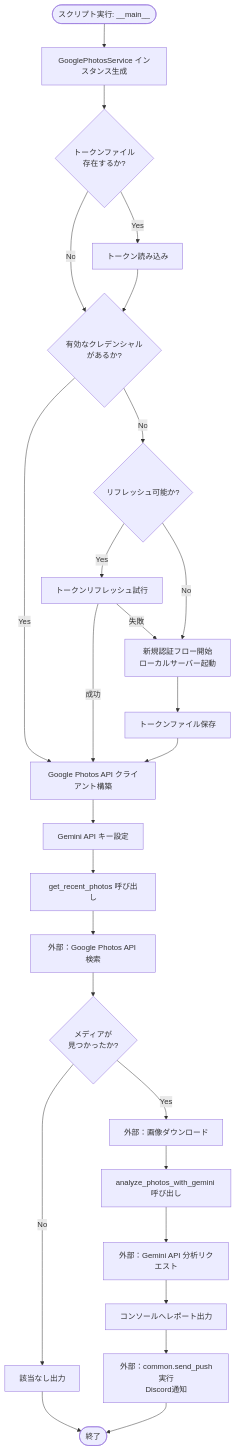
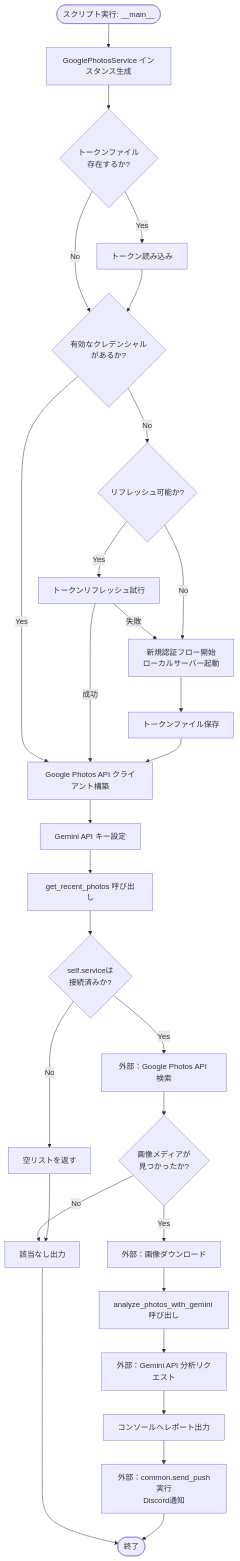
Before and after one commit to mmtigers/my_python_project: the first of 2 diagrams in docs/specifications/MY_HOME_SYSTEM/google_photos_service.md, drawn with Mermaid. The commit also changed other lines of this file and 8 other files, not shown here.

````diff
--- a/docs/specifications/MY_HOME_SYSTEM/google_photos_service.md
+++ b/docs/specifications/MY_HOME_SYSTEM/google_photos_service.md
@@ -193,40 +199,43 @@
 ```mermaid
 flowchart TD
     Start([スクリプト実行: __main__]) --> InitService[GooglePhotosService インスタンス生成]
     
     %% _authenticate フロー
     InitService --> AuthCheckToken{トークンファイル<br>存在するか?}
     AuthCheckToken -- Yes --> AuthLoadToken[トークン読み込み]
     AuthCheckToken -- No --> AuthCheckValid
     AuthLoadToken --> AuthCheckValid{有効なクレデンシャル<br>があるか?}
     
     AuthCheckValid -- Yes --> BuildAPIClient[Google Photos API クライアント構築]
     AuthCheckValid -- No --> AuthCheckRefresh{リフレッシュ可能か?}
     
     AuthCheckRefresh -- Yes --> DoRefresh[トークンリフレッシュ試行]
     DoRefresh -- 失敗 --> DoLocalServer
     DoRefresh -- 成功 --> BuildAPIClient
     AuthCheckRefresh -- No --> DoLocalServer[新規認証フロー開始<br>ローカルサーバー起動]
     
     DoLocalServer --> SaveToken[トークンファイル保存]
     SaveToken --> BuildAPIClient
     
     BuildAPIClient --> SetupGemini[Gemini API キー設定]
     SetupGemini --> CallGetPhotos[get_recent_photos 呼び出し]
     
     %% get_recent_photos フロー
-    CallGetPhotos --> APIPhotos[外部：Google Photos API 検索]
-    APIPhotos --> HasPhotosCheck{メディアが<br>見つかったか?}
+    CallGetPhotos --> ServiceCheck{self.serviceは<br>接続済みか?}
+    ServiceCheck -- No --> ReturnEmpty[空リストを返す]
+    ServiceCheck -- Yes --> APIPhotos[外部：Google Photos API 検索]
+    APIPhotos --> HasPhotosCheck{画像メディアが<br>見つかったか?}
     
     HasPhotosCheck -- Yes --> DLImages[外部：画像ダウンロード]
     DLImages --> CallAnalyze[analyze_photos_with_gemini 呼び出し]
     HasPhotosCheck -- No --> PrintNoPhotos[該当なし出力]
+    ReturnEmpty --> PrintNoPhotos
     PrintNoPhotos --> End([終了])
     
     %% analyze_photos_with_gemini フロー
     CallAnalyze --> APIGemini[外部：Gemini API 分析リクエスト]
     APIGemini --> PrintReport[コンソールへレポート出力]
     PrintReport --> PushReport[外部：common.send_push実行<br>Discord通知]
     PushReport --> End
 
 ```
````
